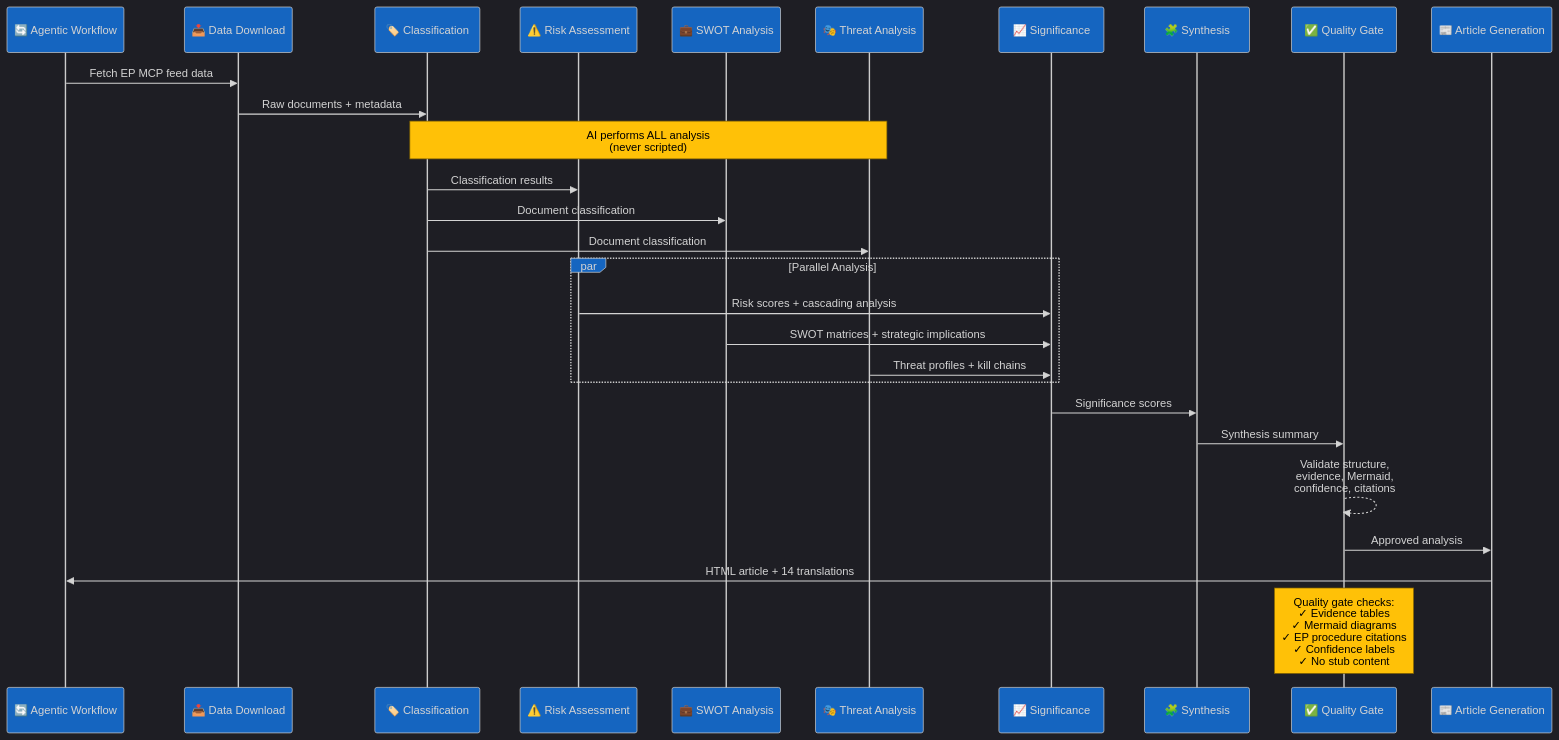
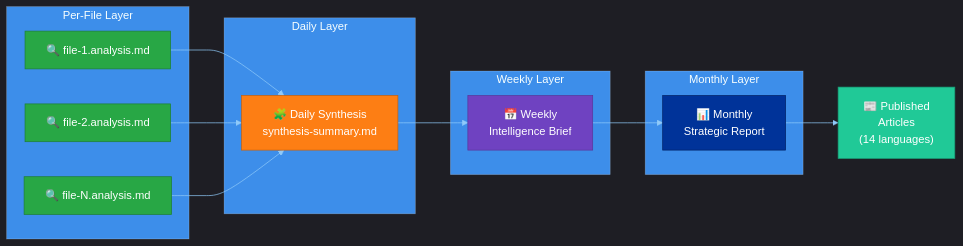
One commit to Hack23/euparliamentmonitor changed diagram 13 of 16 in docs/api/media/README-9.md. Above: the diagram before and after it, drawn with Mermaid. The commit also changed other lines of this file and 1553 other files, not shown here.

````diff
--- a/docs/api/media/README-9.md
+++ b/docs/api/media/README-9.md
@@ -731,38 +670,34 @@
 ```mermaid
 %%{init: {"theme":"dark","themeVariables":{"primaryColor":"#1565C0","primaryTextColor":"#ffffff","primaryBorderColor":"#0A3F7F","lineColor":"#90CAF9","secondaryColor":"#2E7D32","secondaryTextColor":"#ffffff","secondaryBorderColor":"#0F3F00","tertiaryColor":"#FF9800","tertiaryTextColor":"#000000","tertiaryBorderColor":"#7F4F00","mainBkg":"#1565C0","secondBkg":"#2E7D32","tertiaryBkg":"#FF9800","noteBkgColor":"#FFC107","noteTextColor":"#000000","noteBorderColor":"#7F6000","errorBkgColor":"#D32F2F","errorTextColor":"#ffffff","fontFamily":"Inter, Helvetica, Arial, sans-serif","pie1":"#1565C0","pie2":"#2E7D32","pie3":"#FF9800","pie4":"#D32F2F","pie5":"#FFC107","pie6":"#7B1FA2","pie7":"#9E9E9E","pie8":"#0288D1","pie9":"#388E3C","pie10":"#F57C00","pie11":"#C62828","pie12":"#FBC02D","pieTitleTextSize":"18px","pieSectionTextSize":"14px","pieLegendTextSize":"13px","pieStrokeColor":"#1e1e1e","pieOuterStrokeColor":"#1e1e1e","git0":"#1565C0","git1":"#2E7D32","git2":"#FF9800","git3":"#D32F2F","gitBranchLabel0":"#ffffff","gitBranchLabel1":"#ffffff","gitBranchLabel2":"#000000","gitBranchLabel3":"#ffffff","cScale0":"#1565C0","cScale1":"#2E7D32","cScale2":"#FF9800","cScale3":"#D32F2F","cScale4":"#FFC107","cScale5":"#7B1FA2","cScale6":"#9E9E9E","cScale7":"#0288D1","xyChart":{"backgroundColor":"#1e1e1e","plotColorPalette":"#1565C0,#2E7D32,#FF9800,#D32F2F,#FFC107,#7B1FA2,#9E9E9E"}}}}%%
-sequenceDiagram
-    participant WF as 🔄 Agentic Workflow
-    participant DL as 📥 Data Download
-    participant CLASS as 🏷️ Classification
-    participant RISK as ⚠️ Risk Assessment
-    participant SWOT as 💼 SWOT Analysis
-    participant THREAT as 🎭 Threat Analysis
-    participant SIG as 📈 Significance
-    participant SYNTH as 🧩 Synthesis
-    participant QG as ✅ Quality Gate
-    participant ART as 📰 Article Generation
-
-    WF->>DL: Fetch EP MCP feed data
-    DL->>CLASS: Raw documents + metadata
-
-    Note over CLASS,THREAT: AI performs ALL analysis<br/>(never scripted)
-
-    CLASS->>RISK: Classification results
-    CLASS->>SWOT: Document classification
-    CLASS->>THREAT: Document classification
-
-    par Parallel Analysis
-        RISK->>SIG: Risk scores + cascading analysis
-        SWOT->>SIG: SWOT matrices + strategic implications
-        THREAT->>SIG: Threat profiles + kill chains
+flowchart LR
+    subgraph "Per-File Layer"
+        F1["🔍 file-1.analysis.md"]
+        F2["🔍 file-2.analysis.md"]
+        FN["🔍 file-N.analysis.md"]
     end
 
-    SIG->>SYNTH: Significance scores
-    SYNTH->>QG: Synthesis summary
+    subgraph "Daily Layer"
+        DS["🧩 Daily Synthesis<br/>synthesis-summary.md"]
+    end
 
-    QG-->>QG: Validate structure,<br/>evidence, Mermaid,<br/>confidence, citations
-    QG->>ART: Approved analysis
-    ART->>WF: HTML article + 14 translations
+    subgraph "Weekly Layer"
+        WS["📅 Weekly<br/>Intelligence Brief"]
+    end
 
-    Note over QG: Quality gate checks:<br/>✓ Evidence tables<br/>✓ Mermaid diagrams<br/>✓ EP procedure citations<br/>✓ Confidence labels<br/>✓ No stub content
+    subgraph "Monthly Layer"
+        MS["📊 Monthly<br/>Strategic Report"]
+    end
+
+    F1 & F2 & FN --> DS
+    DS --> WS
+    WS --> MS
+    MS --> PUB["📰 Published<br/>Articles<br/>(14 languages)"]
+
+    style F1 fill:#28a745,color:#fff,stroke:#1e7e34
+    style F2 fill:#28a745,color:#fff,stroke:#1e7e34
+    style FN fill:#28a745,color:#fff,stroke:#1e7e34
+    style DS fill:#fd7e14,color:#fff,stroke:#c96009
+    style WS fill:#6f42c1,color:#fff,stroke:#59359a
+    style MS fill:#003399,color:#fff,stroke:#002266
+    style PUB fill:#20c997,color:#fff,stroke:#199d76
 ```
````
